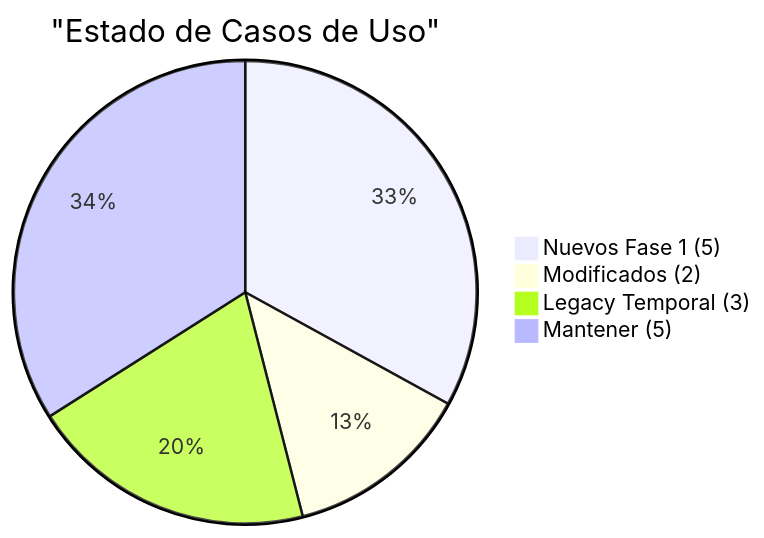
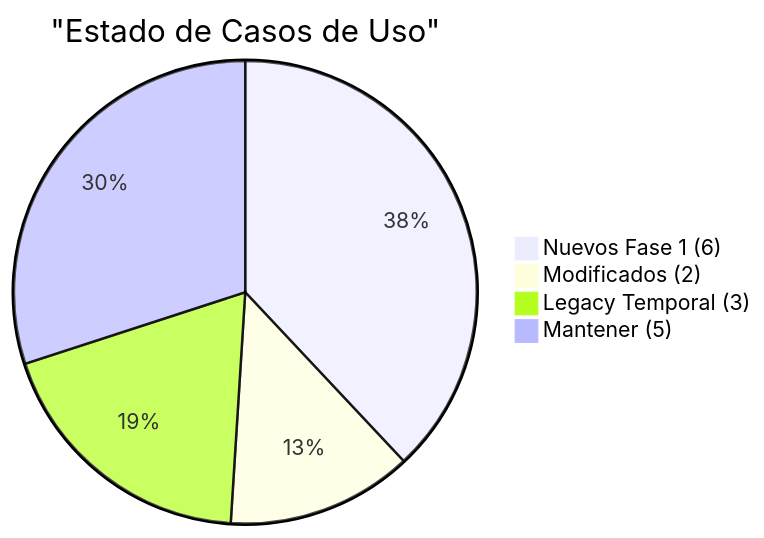
One commit to dleonsystem/sep_evaluacion_diagnostica changed the third of 4 diagrams in REQUERIMIENTOS_Y_CASOS_DE_USO.md. Above: the diagram before and after it, drawn with Mermaid. The commit also changed other lines of this file and 2 other files, not shown here.

````diff
--- a/REQUERIMIENTOS_Y_CASOS_DE_USO.md
+++ b/REQUERIMIENTOS_Y_CASOS_DE_USO.md
@@ -1188,7 +1223,7 @@
 ```mermaid
 pie title "Estado de Casos de Uso"
-    "Nuevos Fase 1 (5)" : 33
+    "Nuevos Fase 1 (6)" : 38
     "Modificados (2)" : 13
-    "Legacy Temporal (3)" : 20
-    "Mantener (5)" : 34
+    "Legacy Temporal (3)" : 19
+    "Mantener (5)" : 30
 ```
````
